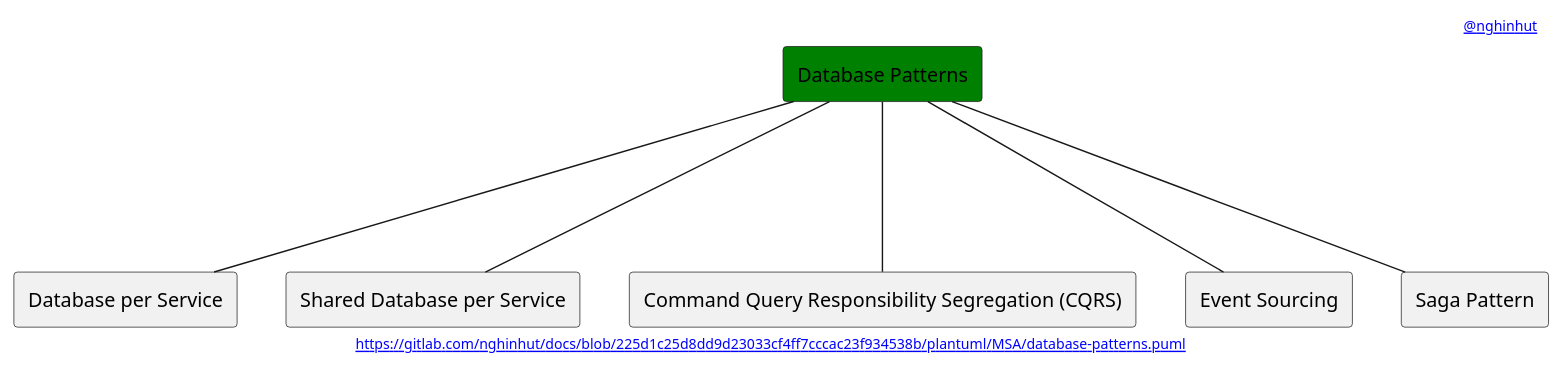
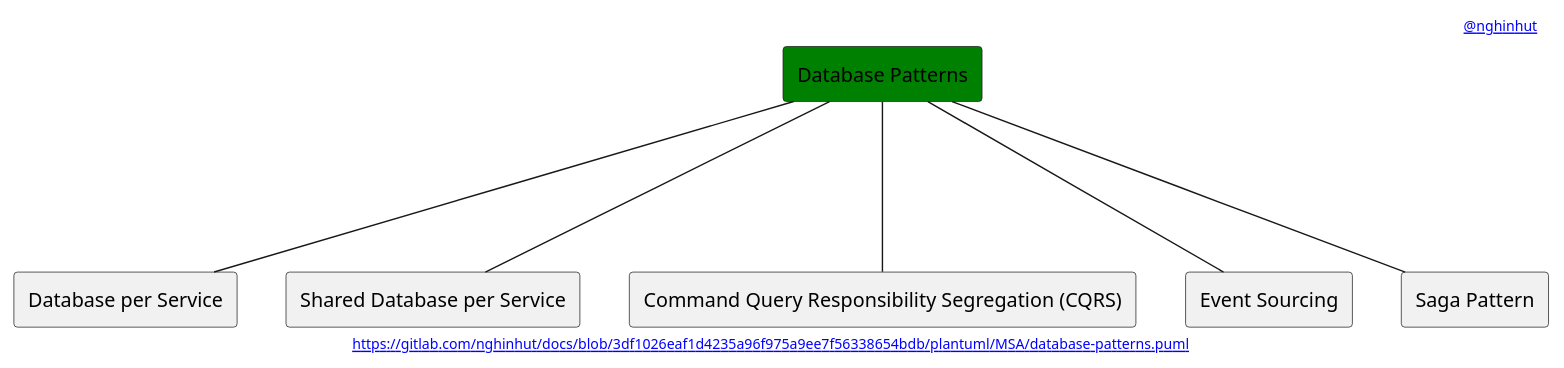
Before and after one commit to nghinhut/docs: the diagram in plantuml/MSA/database-patterns.puml, drawn with PlantUML. The commit also changed 24 other files, not shown here.

Commit message:
docs(plantuml): update header

```diff
--- a/plantuml/MSA/database-patterns.puml
+++ b/plantuml/MSA/database-patterns.puml
@@ -1,20 +1,20 @@
 @startuml
 '-----START auto generated metadata please keep comment here to allow auto update-----
 '-----DON'T EDIT THIS SECTION, INSTEAD RE-RUN prebuild.sh TO UPDATE-----
-header [[https://www.nghinhut.dev?from=http%5C%3A%5C%2F%5C%2Fwww%5C.plantuml%5C.com%5C%2Fplantuml%5C%2Fproxy%3Ffmt%3Dsvg%5C%26src%3Dhttps%5C%3A%5C%2F%5C%2Fgitlab%5C.com%5C%2Fnghinhut%5C%2Fdocs%5C%2Fraw%5C%2F225d1c25d8dd9d23033cf4ff7cccac23f934538b%5C%2Fplantuml%5C%2FMSA%5C%2Fdatabase-patterns%5C.puml%0A @nghinhut]]
-footer [[http://www.plantuml.com/plantuml/proxy?fmt=svg&src=https://gitlab.com/nghinhut/docs/raw/225d1c25d8dd9d23033cf4ff7cccac23f934538b/plantuml/MSA/database-patterns.puml https://gitlab.com/nghinhut/docs/blob/225d1c25d8dd9d23033cf4ff7cccac23f934538b/plantuml/MSA/database-patterns.puml]]
+header [[https://www.nghinhut.dev?from=http%5C%3A%5C%2F%5C%2Fwww%5C.plantuml%5C.com%5C%2Fplantuml%5C%2Fproxy%3Ffmt%3Dsvg%5C%26src%3Dhttps%5C%3A%5C%2F%5C%2Fgitlab%5C.com%5C%2Fnghinhut%5C%2Fdocs%5C%2Fraw%5C%2F3df1026eaf1d4235a96f975a9ee7f56338654bdb%5C%2Fplantuml%5C%2FMSA%5C%2Fdatabase-patterns%5C.puml%0A @nghinhut]]
+footer [[http://www.plantuml.com/plantuml/proxy?fmt=svg&src=https://gitlab.com/nghinhut/docs/raw/3df1026eaf1d4235a96f975a9ee7f56338654bdb/plantuml/MSA/database-patterns.puml https://gitlab.com/nghinhut/docs/blob/3df1026eaf1d4235a96f975a9ee7f56338654bdb/plantuml/MSA/database-patterns.puml]]
 '-----END auto generated metadata please keep comment here to allow auto update-----
 
 rectangle "Database Patterns" as Database #green
 
 rectangle "Database per Service" as DatabaseP1
 rectangle "Shared Database per Service" as DatabaseP2
 rectangle "Command Query Responsibility Segregation (CQRS)" as DatabaseP3
 rectangle "Event Sourcing" as DatabaseP4
 rectangle "Saga Pattern" as DatabaseP5
 Database --- DatabaseP1
 Database --- DatabaseP2
 Database --- DatabaseP3
 Database --- DatabaseP4
 Database --- DatabaseP5
 @enduml
```
